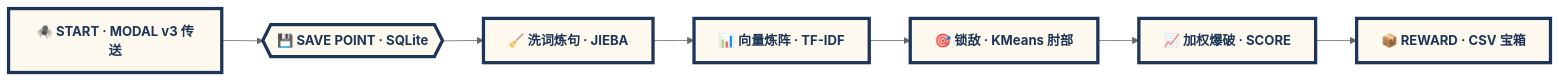
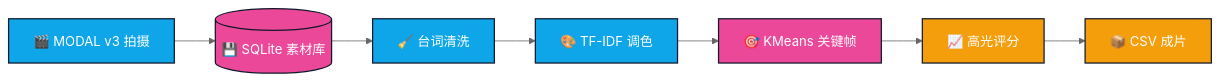
The diagram in README.md (Invinciblemighthub/Invinciblemighthub), drawn with Mermaid (neutral theme) before and after one commit. The commit also changed other lines of this file, not shown here.

````diff
--- a/README.md
+++ b/README.md
@@ -210,12 +253,14 @@
 ```mermaid
 flowchart LR
-    A["🕷️ START · MODAL v3 传送"] --> B{{"💾 SAVE POINT · SQLite"}}
-    B --> C["🧹 洗词炼句 · JIEBA"]
-    C --> D["📊 向量炼阵 · TF-IDF"]
-    D --> E["🎯 锁敌 · KMeans 肘部"]
-    E --> F["📈 加权爆破 · SCORE"]
-    F --> G["📦 REWARD · CSV 宝箱"]
+    A["🎬 MODAL v3 拍摄"] --> B[("💾 SQLite 素材库")]
+    B --> C["🧹 台词清洗"]
+    C --> D["🎨 TF-IDF 调色"]
+    D --> E["🎯 KMeans 关键帧"]
+    E --> F["📈 高光评分"]
+    F --> G["📦 CSV 成片"]
 
-    classDef pixel fill:#fef9ef,stroke:#1d3557,stroke-width:4px,color:#1d3557,font-weight:700;
-    class A,B,C,D,E,F,G pixel;
+    classDef shine fill:#0ea5e9,stroke:#0f172a,stroke-width:1.5px,color:#fff;
+    classDef gold  fill:#f59e0b,stroke:#0f172a,stroke-width:1.5px,color:#fff;
+    classDef pink  fill:#ec4899,stroke:#0f172a,stroke-width:1.5px,color:#fff;
+    class A,C,D shine; class B,E pink; class F,G gold;
 ```
````
